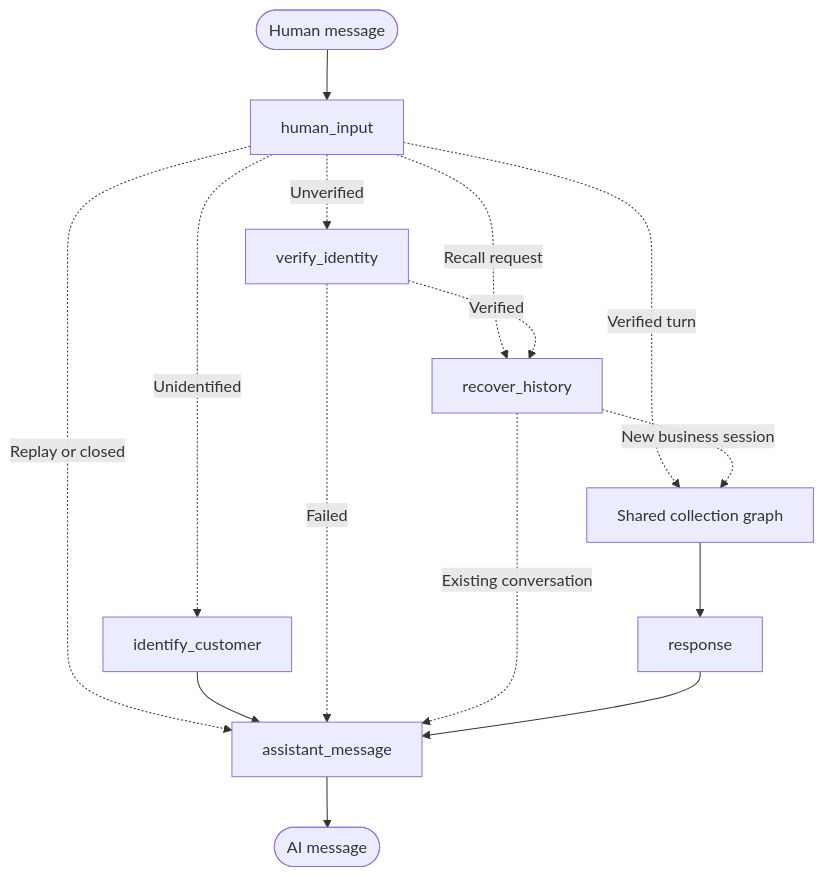
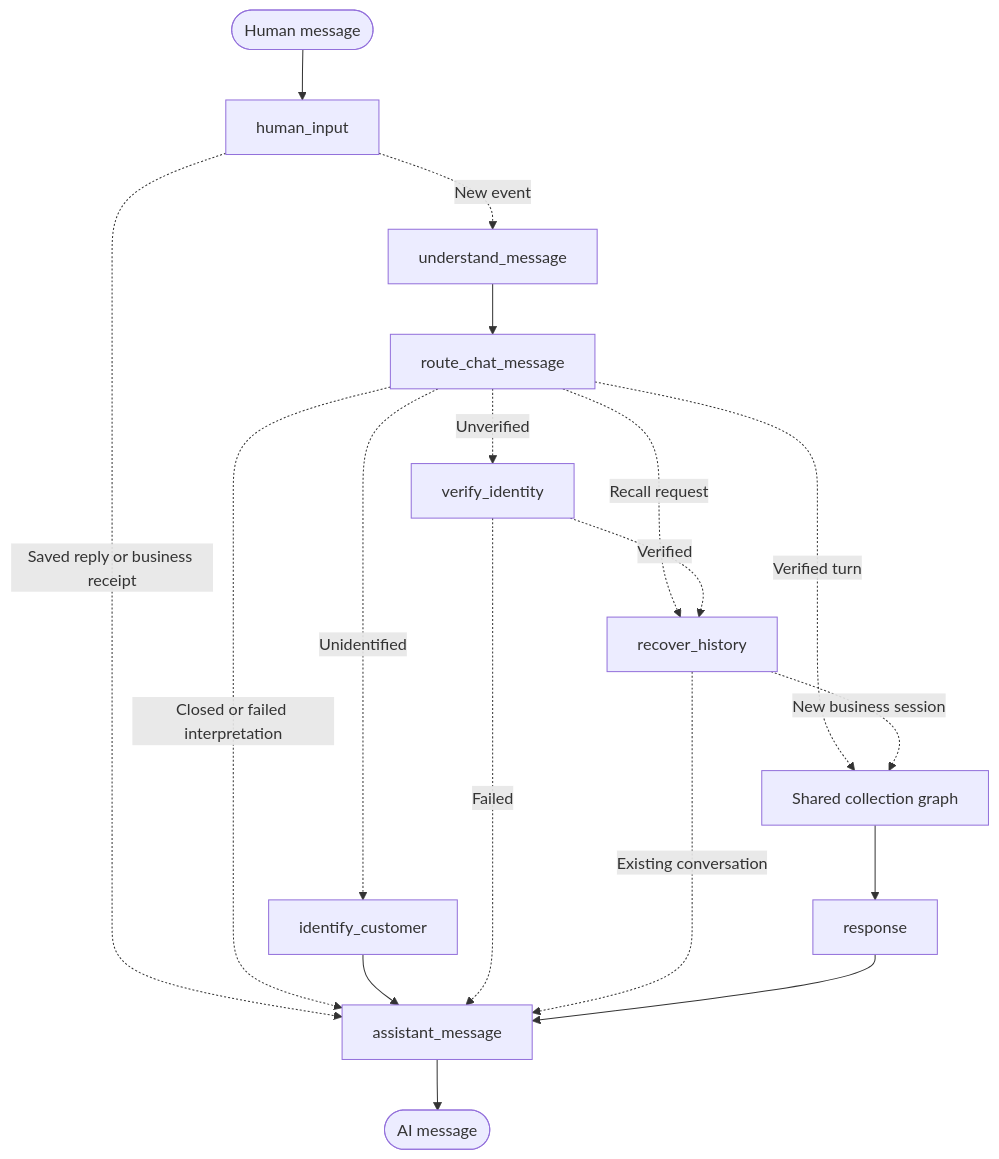
One commit to sergiomorapardo/AgenticDebtCollection changed the second of 6 diagrams in docs/ARCHITECTURE.md. Above: the diagram before and after it, drawn with Mermaid. The commit also changed other lines of this file and 10 other files, not shown here.

````diff
--- a/docs/ARCHITECTURE.md
+++ b/docs/ARCHITECTURE.md
@@ -47,17 +50,20 @@
 ```mermaid
 flowchart TD
     START([Human message]) --> human_input
-    human_input -. Unidentified .-> identify_customer
-    human_input -. Unverified .-> verify_identity
-    human_input -. Verified turn .-> intake[Shared collection graph]
-    human_input -. Recall request .-> recover_history
-    human_input -. Replay or closed .-> assistant_message
+    human_input -. Saved reply or business receipt .-> assistant_message
+    human_input -. New event .-> understand_message
+    understand_message --> route_chat_message
+    route_chat_message -. Unidentified .-> identify_customer
+    route_chat_message -. Unverified .-> verify_identity
+    route_chat_message -. Verified turn .-> intake[Shared collection graph]
+    route_chat_message -. Recall request .-> recover_history
+    route_chat_message -. Closed or failed interpretation .-> assistant_message
     identify_customer --> assistant_message
     verify_identity -. Verified .-> recover_history
     verify_identity -. Failed .-> assistant_message
     recover_history -. New business session .-> intake
     recover_history -. Existing conversation .-> assistant_message
     intake --> response
     response --> assistant_message
     assistant_message --> END([AI message])
 ```
````
